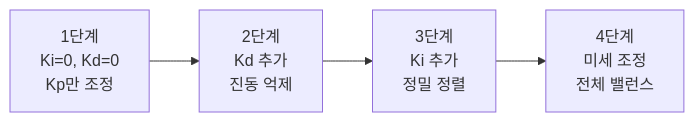
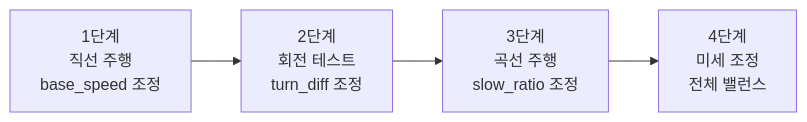
Before and after one commit to Collegenie-X/Raspbot-v2-self-driving-car: diagram 34 of 44 in 06_final_self_driving/_1단계_요구사항_분석.md, drawn with Mermaid. The commit also changed other lines of this file and 5 other files, not shown here.

````diff
--- a/06_final_self_driving/_1단계_요구사항_분석.md
+++ b/06_final_self_driving/_1단계_요구사항_분석.md
@@ -1543,6 +1598,6 @@
 ```mermaid
 flowchart LR
-    A[1단계<br/>Ki=0, Kd=0<br/>Kp만 조정] --> B[2단계<br/>Kd 추가<br/>진동 억제]
-    B --> C[3단계<br/>Ki 추가<br/>정밀 정렬]
+    A[1단계<br/>직선 주행<br/>base_speed 조정] --> B[2단계<br/>회전 테스트<br/>turn_diff 조정]
+    B --> C[3단계<br/>곡선 주행<br/>slow_ratio 조정]
     C --> D[4단계<br/>미세 조정<br/>전체 밸런스]
 ```
````
